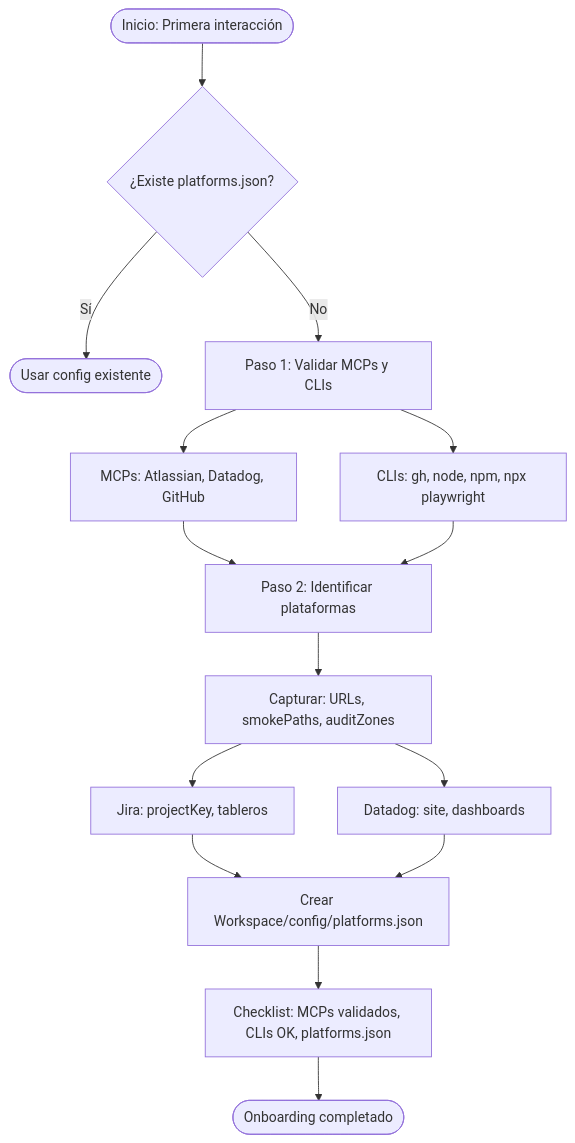
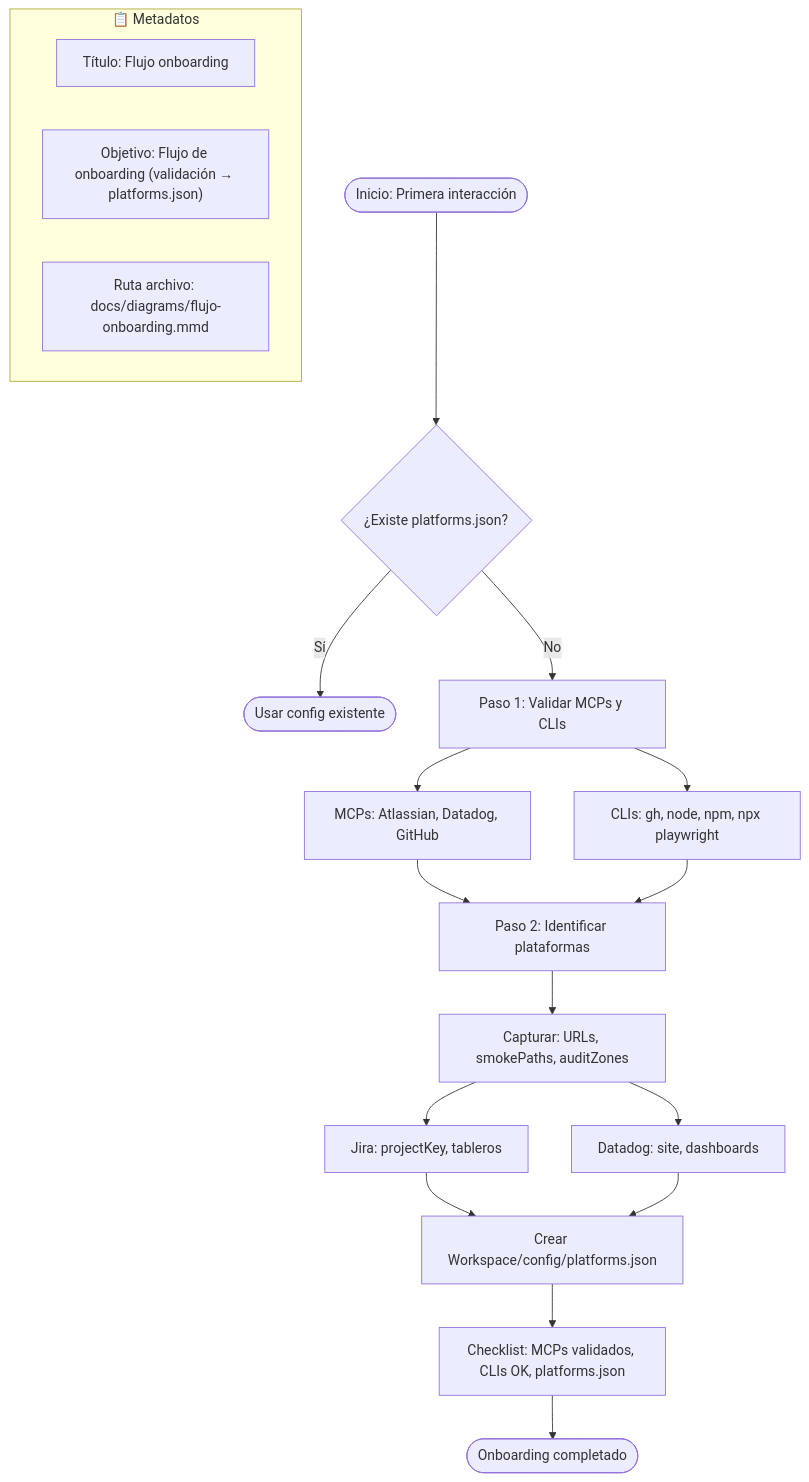
One commit to CARLOSPATINOVELEZ19/prueba-agente-po changed the diagram in docs/diagrams/flujo-onboarding.mmd. Above: the diagram before and after it, drawn with Mermaid. The commit also changed 11 other files, not shown here.

First line of the commit message:
docs(diagrams): añadir metadatos Título, Objetivo y Ruta archivo a todos los diagramas

```diff
--- a/docs/diagrams/flujo-onboarding.mmd
+++ b/docs/diagrams/flujo-onboarding.mmd
@@ -1,20 +1,26 @@
 flowchart TB
+    subgraph metadata ["📋 Metadatos"]
+        M1["Título: Flujo onboarding"]
+        M2["Objetivo: Flujo de onboarding (validación → platforms.json)"]
+        M3["Ruta archivo: docs/diagrams/flujo-onboarding.mmd"]
+    end
+
     Start([Inicio: Primera interacción]) --> Check{¿Existe platforms.json?}
     Check -->|Sí| End([Usar config existente])
     Check -->|No| Step1[Paso 1: Validar MCPs y CLIs]
 
     Step1 --> MCP[MCPs: Atlassian, Datadog, GitHub]
     Step1 --> CLI[CLIs: gh, node, npm, npx playwright]
 
     MCP --> Step2[Paso 2: Identificar plataformas]
     CLI --> Step2
 
     Step2 --> Capture[Capturar: URLs, smokePaths, auditZones]
     Capture --> Jira[Jira: projectKey, tableros]
     Capture --> DD[Datadog: site, dashboards]
 
     Jira --> Create[Crear Workspace/config/platforms.json]
     DD --> Create
 
     Create --> Checklist[Checklist: MCPs validados, CLIs OK, platforms.json]
     Checklist --> End2([Onboarding completado])
```
